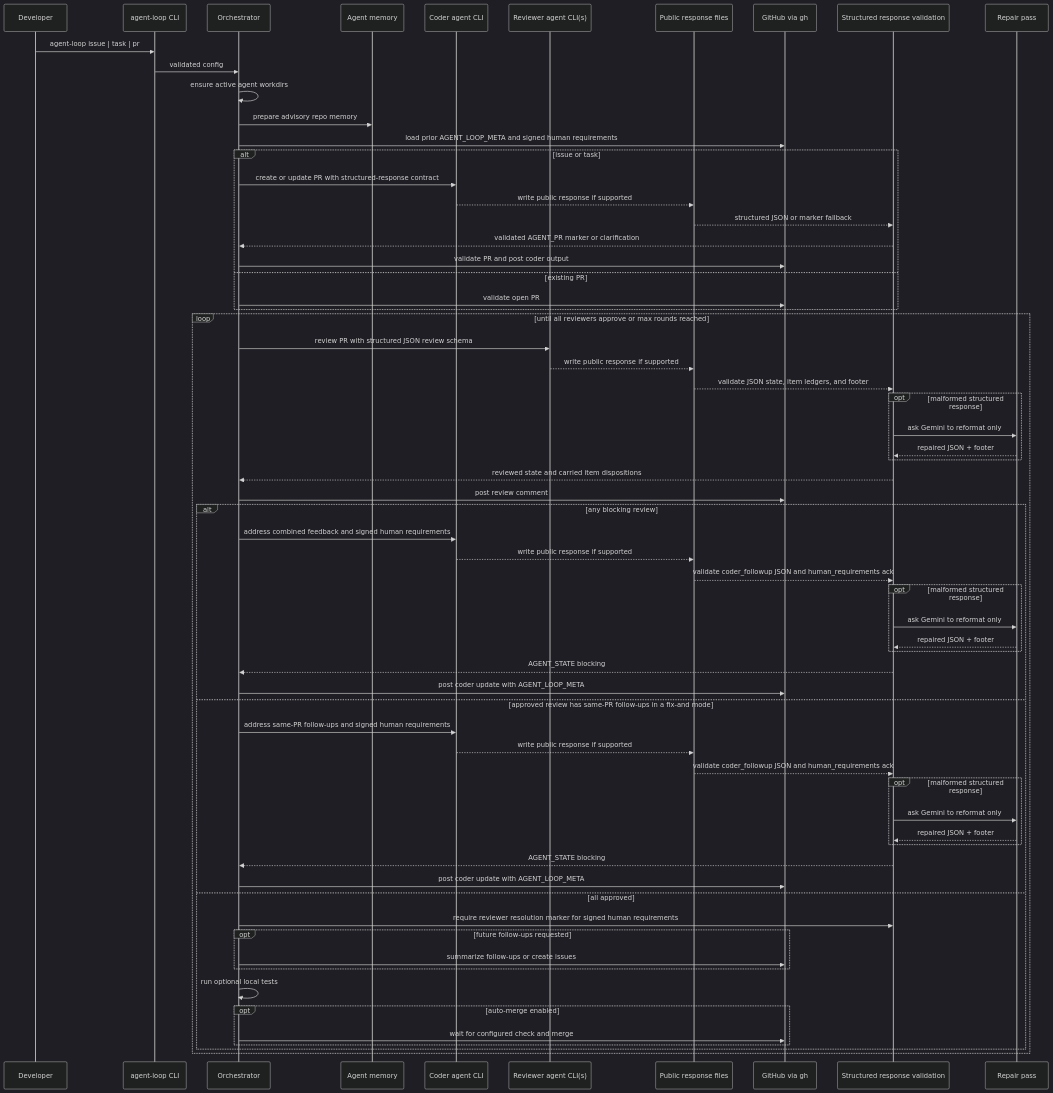
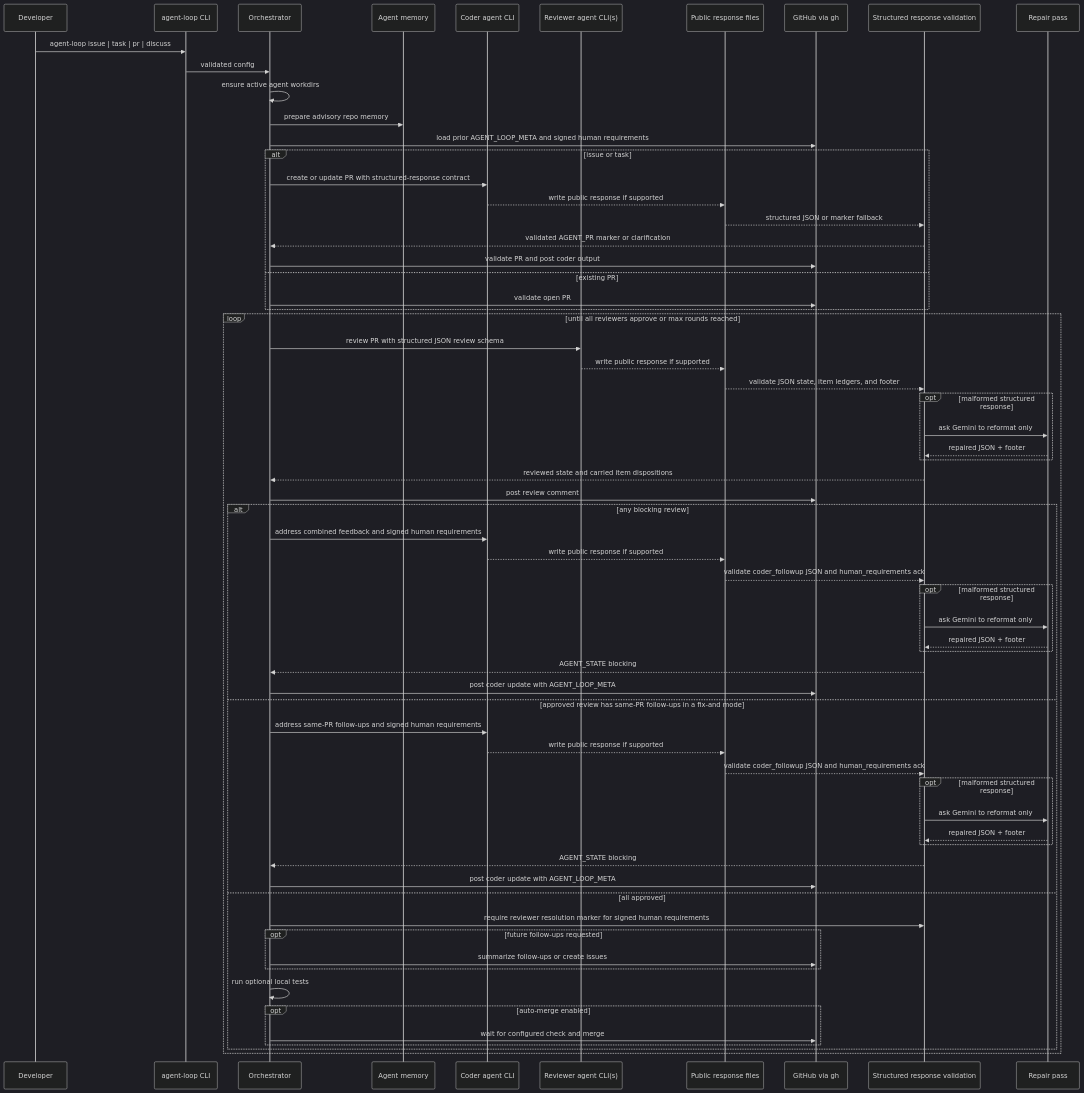
One commit to Mega-Gorilla/coding-review-agent-loop changed the second of 2 diagrams in docs/local_agent_loop.md. Above: the diagram before and after it, drawn with Mermaid (dark theme). The commit also changed other lines of this file and 1 other file, not shown here.

Commit message:
docs: document discuss mode added in PR #457

````diff
--- a/docs/local_agent_loop.md
+++ b/docs/local_agent_loop.md
@@ -86,70 +86,70 @@
 ```mermaid
 sequenceDiagram
     participant User as Developer
     participant CLI as agent-loop CLI
     participant Orch as Orchestrator
     participant Memory as Agent memory
     participant Coder as Coder agent CLI
     participant Reviewer as Reviewer agent CLI(s)
     participant Resp as Public response files
     participant GH as GitHub via gh
     participant Protocol as Structured response validation
     participant Repair as Repair pass
 
-    User->>CLI: agent-loop issue | task | pr
+    User->>CLI: agent-loop issue | task | pr | discuss
     CLI->>Orch: validated config
     Orch->>Orch: ensure active agent workdirs
     Orch->>Memory: prepare advisory repo memory
     Orch->>GH: load prior AGENT_LOOP_META and signed human requirements
     alt issue or task
         Orch->>Coder: create or update PR with structured-response contract
         Coder-->>Resp: write public response if supported
         Resp-->>Protocol: structured JSON or marker fallback
         Protocol-->>Orch: validated AGENT_PR marker or clarification
         Orch->>GH: validate PR and post coder output
     else existing PR
         Orch->>GH: validate open PR
     end
 
     loop until all reviewers approve or max rounds reached
         Orch->>Reviewer: review PR with structured JSON review schema
         Reviewer-->>Resp: write public response if supported
         Resp-->>Protocol: validate JSON state, item ledgers, and footer
         opt malformed structured response
             Protocol->>Repair: ask Gemini to reformat only
             Repair-->>Protocol: repaired JSON + footer
         end
         Protocol-->>Orch: reviewed state and carried item dispositions
         Orch->>GH: post review comment
         alt any blocking review
             Orch->>Coder: address combined feedback and signed human requirements
             Coder-->>Resp: write public response if supported
             Resp-->>Protocol: validate coder_followup JSON and human_requirements ack
             opt malformed structured response
                 Protocol->>Repair: ask Gemini to reformat only
                 Repair-->>Protocol: repaired JSON + footer
             end
             Protocol-->>Orch: AGENT_STATE blocking
             Orch->>GH: post coder update with AGENT_LOOP_META
         else approved review has same-PR follow-ups in a fix-and mode
             Orch->>Coder: address same-PR follow-ups and signed human requirements
             Coder-->>Resp: write public response if supported
             Resp-->>Protocol: validate coder_followup JSON and human_requirements ack
             opt malformed structured response
                 Protocol->>Repair: ask Gemini to reformat only
                 Repair-->>Protocol: repaired JSON + footer
             end
             Protocol-->>Orch: AGENT_STATE blocking
             Orch->>GH: post coder update with AGENT_LOOP_META
         else all approved
             Orch->>Protocol: require reviewer resolution marker for signed human requirements
             opt future follow-ups requested
                 Orch->>GH: summarize follow-ups or create issues
             end
             Orch->>Orch: run optional local tests
             opt auto-merge enabled
                 Orch->>GH: wait for configured check and merge
             end
         end
     end
 ```
````
